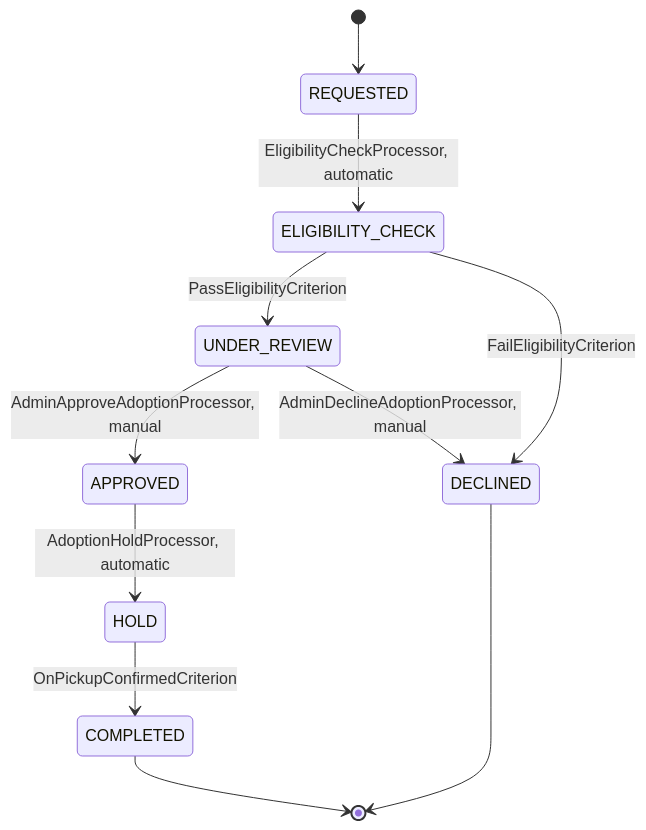
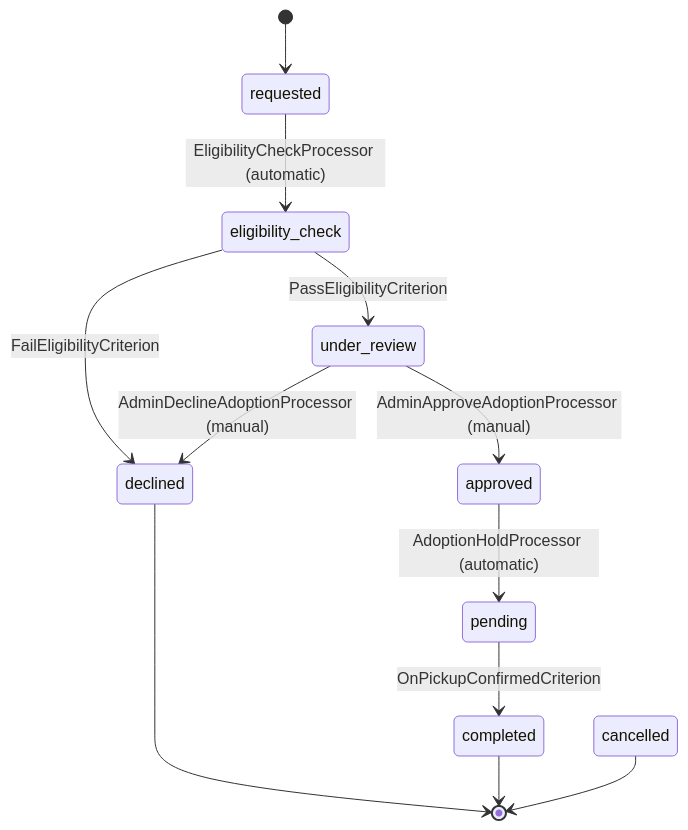
One commit to Cyoda-platform/java-client-template changed the third of 3 diagrams in src/main/java/com/java_template/prototype/functional_requirement.md. Above: the diagram before and after it, drawn with Mermaid. The commit also changed other lines of this file, not shown here.

````diff
--- a/src/main/java/com/java_template/prototype/functional_requirement.md
+++ b/src/main/java/com/java_template/prototype/functional_requirement.md
@@ -103,13 +163,14 @@
 ```mermaid
 stateDiagram-v2
-    [*] --> REQUESTED
-    REQUESTED --> ELIGIBILITY_CHECK : EligibilityCheckProcessor, automatic
-    ELIGIBILITY_CHECK --> UNDER_REVIEW : PassEligibilityCriterion
-    ELIGIBILITY_CHECK --> DECLINED : FailEligibilityCriterion
-    UNDER_REVIEW --> APPROVED : AdminApproveAdoptionProcessor, manual
-    UNDER_REVIEW --> DECLINED : AdminDeclineAdoptionProcessor, manual
-    APPROVED --> HOLD : AdoptionHoldProcessor, automatic
-    HOLD --> COMPLETED : OnPickupConfirmedCriterion
-    COMPLETED --> [*]
-    DECLINED --> [*]
+    [*] --> requested
+    requested --> eligibility_check : EligibilityCheckProcessor (automatic)
+    eligibility_check --> under_review : PassEligibilityCriterion
+    eligibility_check --> declined : FailEligibilityCriterion
+    under_review --> approved : AdminApproveAdoptionProcessor (manual)
+    under_review --> declined : AdminDeclineAdoptionProcessor (manual)
+    approved --> pending : AdoptionHoldProcessor (automatic)
+    pending --> completed : OnPickupConfirmedCriterion
+    declined --> [*]
+    completed --> [*]
+    cancelled --> [*]
 ```
````
